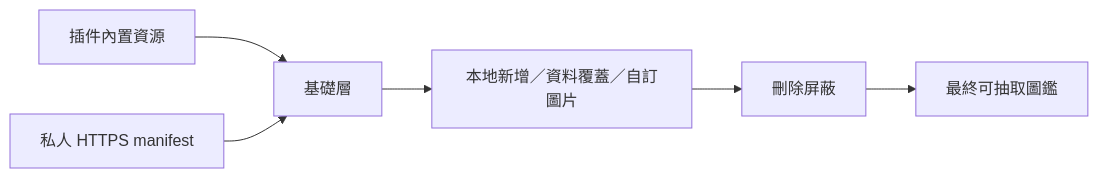
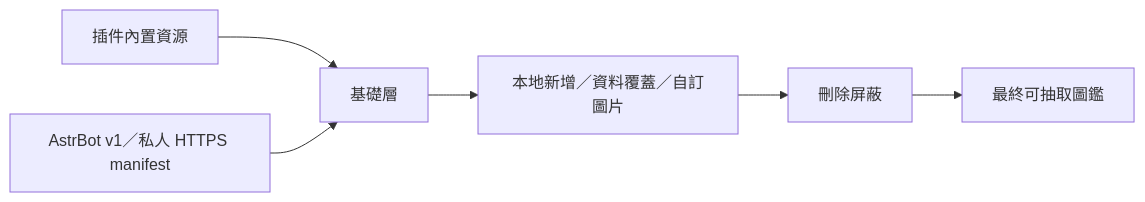
The diagram in README.md (casama233/astrbot_plugin_rollpig), drawn with Mermaid before and after one commit. The commit also changed other lines of this file and 23 other files, not shown here.

Commit message:
feat: add AstrBot resource source v1

````diff
--- a/README.md
+++ b/README.md
@@ -148,8 +150,8 @@
 ```mermaid
 flowchart LR
     A["插件內置資源"] --> B["基礎層"]
-    P["私人 HTTPS manifest"] --> B
+    P["AstrBot v1／私人 HTTPS manifest"] --> B
     B --> C["本地新增／資料覆蓋／自訂圖片"]
     C --> D["刪除屏蔽"]
     D --> E["最終可抽取圖鑑"]
 ```
````
